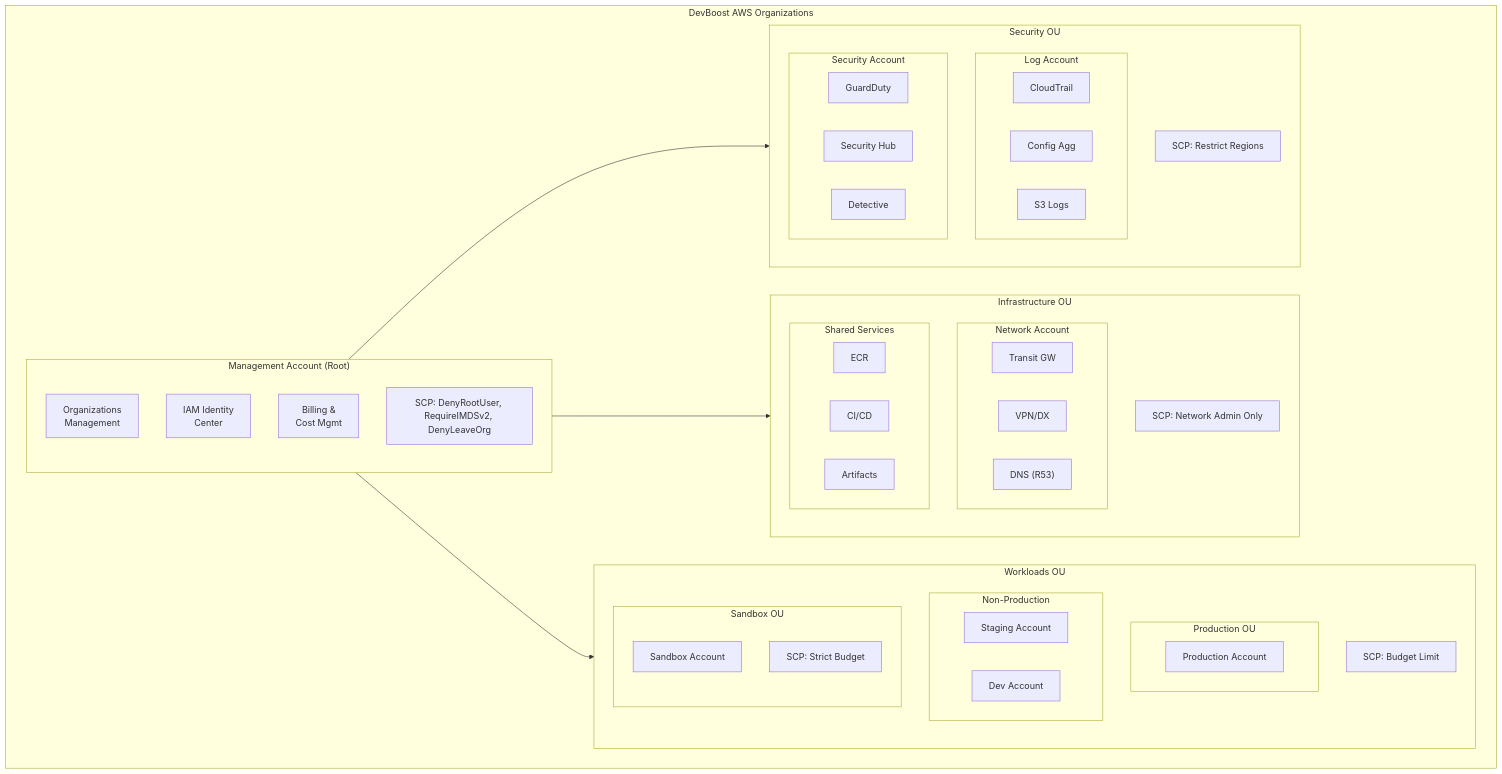
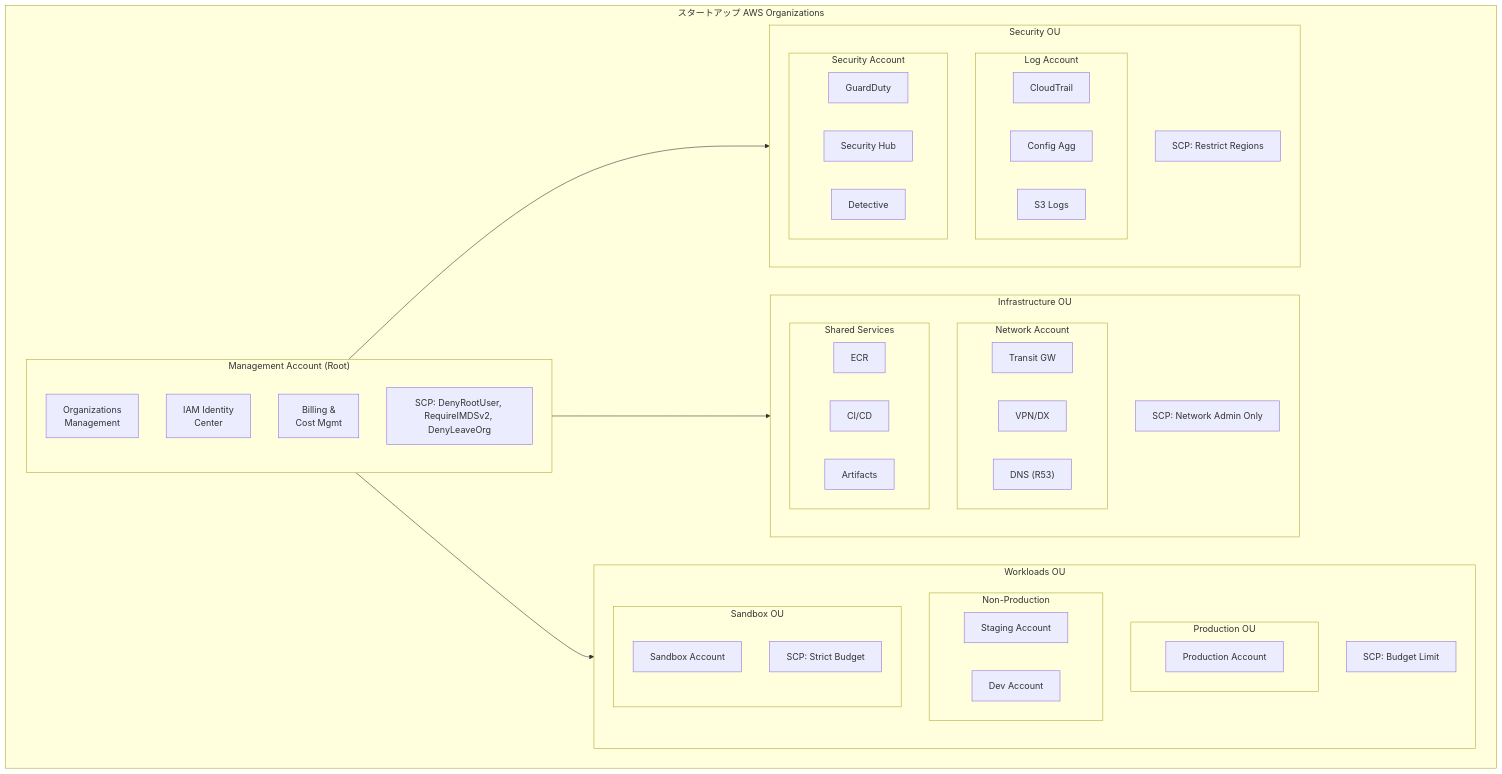
Before and after one commit to yuta-ishii-cm/aws-practice: the second of 3 diagrams in exercises/exercise-20.md, drawn with Mermaid. The commit also changed other lines of this file and 45 other files, not shown here.

Commit message:
refactor: Mermaid構成図をlogosアイコン形式に統一し役割テーブルを追加

````diff
--- a/exercises/exercise-20.md
+++ b/exercises/exercise-20.md
@@ -153,58 +153,58 @@
 ```mermaid
 flowchart TB
-    subgraph Organizations["DevBoost AWS Organizations"]
+    subgraph Organizations["スタートアップ AWS Organizations"]
         subgraph Management["Management Account (Root)"]
             OrgMgmt["Organizations<br/>Management"]
             IAMCenter["IAM Identity<br/>Center"]
             Billing["Billing &<br/>Cost Mgmt"]
             RootSCP["SCP: DenyRootUser, RequireIMDSv2, DenyLeaveOrg"]
         end
 
         subgraph SecurityOU["Security OU"]
             subgraph LogAccount["Log Account"]
                 CloudTrail["CloudTrail"]
                 ConfigAgg["Config Agg"]
                 S3Logs["S3 Logs"]
             end
             subgraph SecAccount["Security Account"]
                 GuardDuty["GuardDuty"]
                 SecHub["Security Hub"]
                 Detective["Detective"]
             end
             SecuritySCP["SCP: Restrict Regions"]
         end
 
         subgraph InfraOU["Infrastructure OU"]
             subgraph NetworkAccount["Network Account"]
                 TransitGW["Transit GW"]
                 VPNDX["VPN/DX"]
                 DNS["DNS (R53)"]
             end
             subgraph SharedServices["Shared Services"]
                 ECR["ECR"]
                 CICD["CI/CD"]
                 Artifacts["Artifacts"]
             end
             InfraSCP["SCP: Network Admin Only"]
         end
 
         subgraph WorkloadsOU["Workloads OU"]
             subgraph ProdOU["Production OU"]
                 ProdAccount["Production Account"]
             end
             subgraph NonProdOU["Non-Production"]
                 StagingAccount["Staging Account"]
                 DevAccount["Dev Account"]
             end
             subgraph SandboxOU["Sandbox OU"]
                 SandboxAccount["Sandbox Account"]
                 SandboxSCP["SCP: Strict Budget"]
             end
             WorkloadsSCP["SCP: Budget Limit"]
         end
     end
 
     Management --> SecurityOU
     Management --> InfraOU
     Management --> WorkloadsOU
 ```
````
